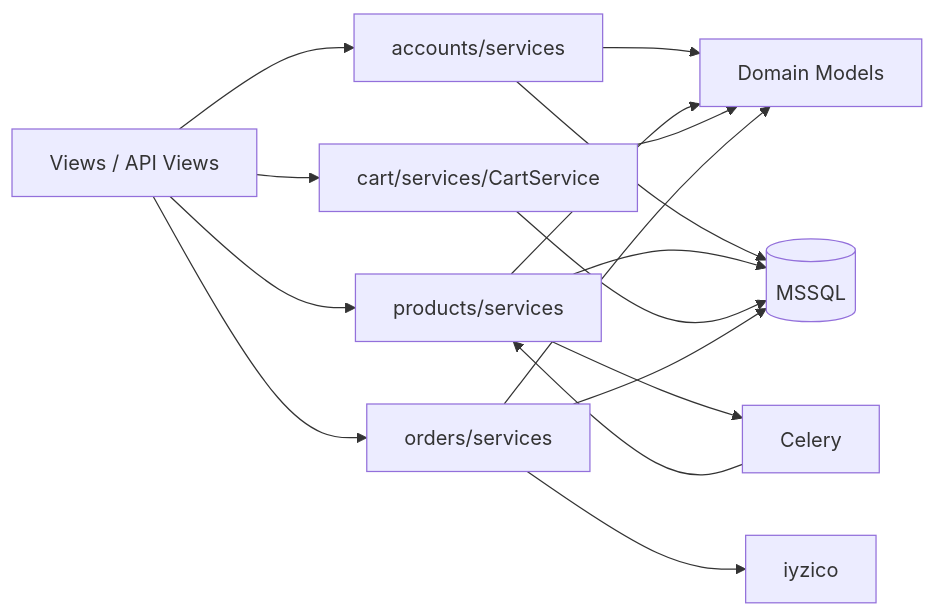
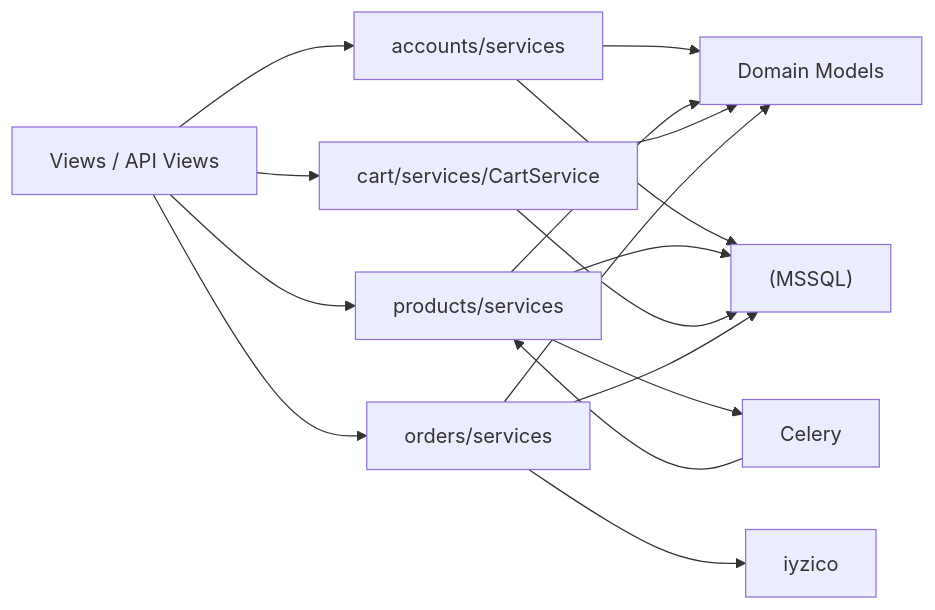
The diagram in docs/diagrams/service-layer.md (Gebnerr/deneme), drawn with Mermaid before and after one commit. The commit also changed 14 other files, not shown here.

````diff
--- a/docs/diagrams/service-layer.md
+++ b/docs/diagrams/service-layer.md
@@ -3,34 +3,34 @@
 ```mermaid
 flowchart LR
     V[Views / API Views]
 
     AS[accounts/services]
     PS[products/services]
     CS[cart/services/CartService]
     OS[orders/services]
 
     M[Domain Models]
-    DB[(MSSQL)]
+    DB["(MSSQL)"]
 
     IY[iyzico]
     CW[Celery]
 
     V --> AS
     V --> PS
     V --> CS
     V --> OS
 
     AS --> M
     PS --> M
     CS --> M
     OS --> M
 
     AS --> DB
     PS --> DB
     CS --> DB
     OS --> DB
 
     OS --> IY
     PS --> CW
     CW --> PS
 ```
````
